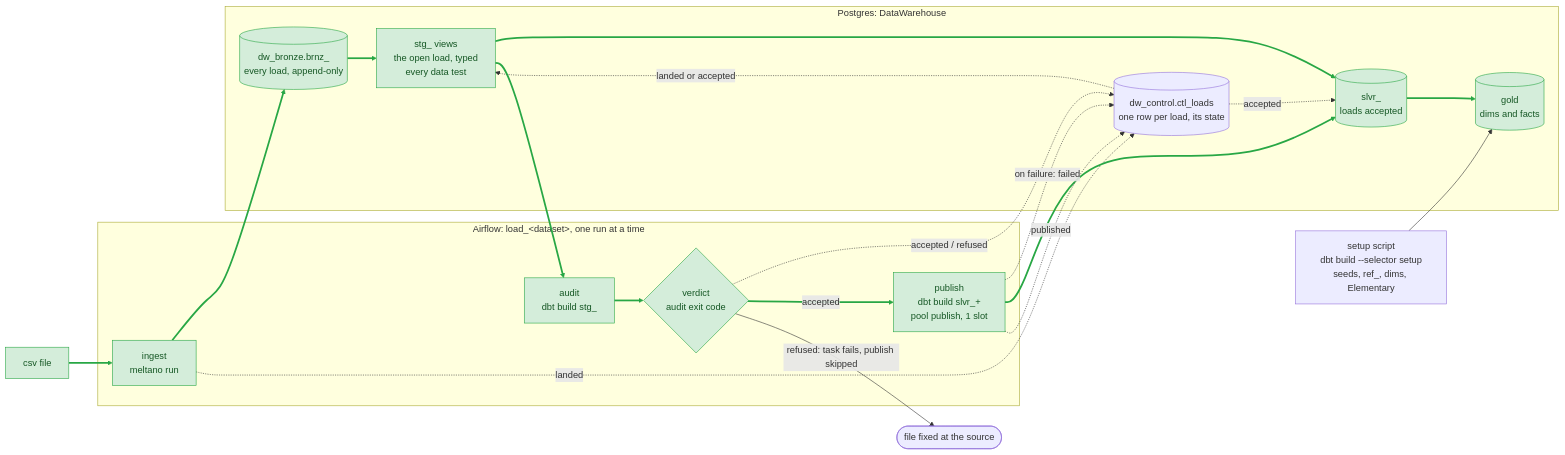
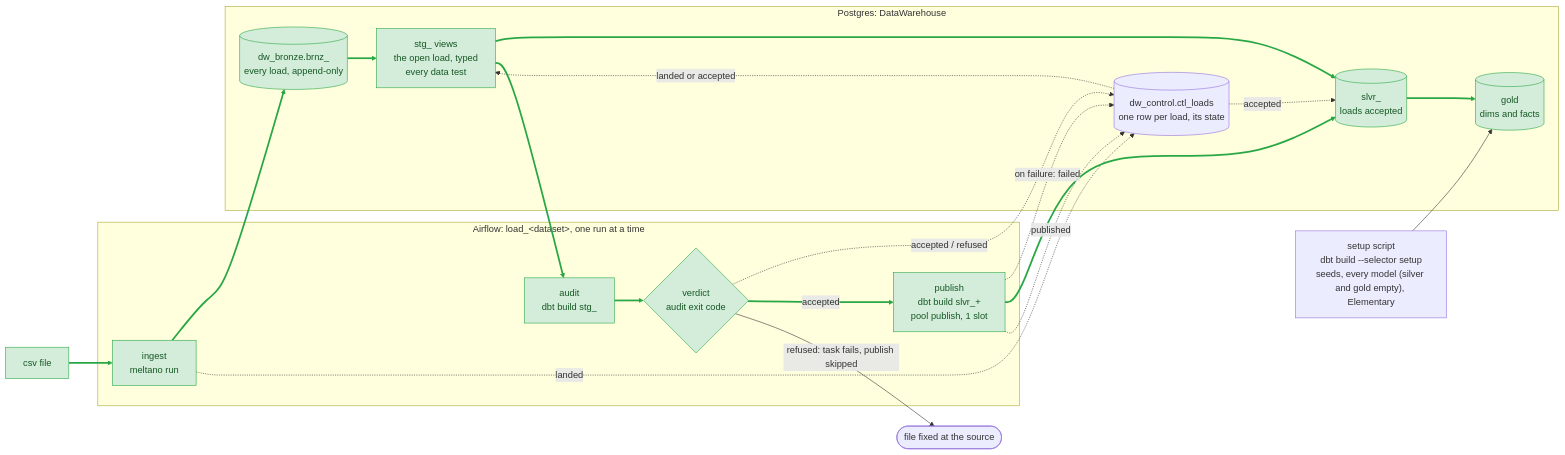
Before and after one commit to le1douglas/DataWarehouse: diagram 11 of 11 in docs/ARCHITECTURE_PROPOSAL.md, drawn with Mermaid. The commit also changed other lines of this file and 9 other files, not shown here.

Commit message:
setup also builds silver and gold tables, empty

````diff
--- a/docs/ARCHITECTURE_PROPOSAL.md
+++ b/docs/ARCHITECTURE_PROPOSAL.md
@@ -424,40 +427,40 @@
 ```mermaid
 flowchart LR
     csv["csv file"]
 
     subgraph dag["Airflow: load_&lt;dataset&gt;, one run at a time"]
         ingest["ingest<br/>meltano run"]
         audit["audit<br/>dbt build stg_"]
         verdict{"verdict<br/>audit exit code"}
         publish["publish<br/>dbt build slvr_+<br/>pool publish, 1 slot"]
     end
 
     subgraph wh["Postgres: DataWarehouse"]
         ctl[("dw_control.ctl_loads<br/>one row per load, its state")]
         bronze[("dw_bronze.brnz_<br/>every load, append-only")]
         stg["stg_ views<br/>the open load, typed<br/>every data test"]
         silver[("slvr_<br/>loads accepted")]
         gold[("gold<br/>dims and facts")]
     end
 
-    setup["setup script<br/>dbt build --selector setup<br/>seeds, ref_, dims, Elementary"]
+    setup["setup script<br/>dbt build --selector setup<br/>seeds, every model (silver and gold empty), Elementary"]
 
     csv --> ingest --> bronze
     ingest -.->|landed| ctl
     bronze --> stg --> silver --> gold
     ctl -.->|landed or accepted| stg
     ctl -.->|accepted| silver
     stg --> audit --> verdict
     verdict -.->|accepted / refused| ctl
     verdict -->|accepted| publish
     verdict -->|refused: task fails, publish skipped| stop(["file fixed at the source"])
     publish -.->|on failure: failed| ctl
     publish --> silver
     publish -.->|published| ctl
     setup --> gold
 
     %% the normal path, a good file from csv to gold, in green
     classDef ok fill:#d4edda,stroke:#28a745,color:#155724
     class csv,ingest,bronze,stg,audit,verdict,publish,silver,gold ok
     linkStyle 0,1,3,4,5,8,9,11,14 stroke:#28a745,stroke-width:3px
 ```
````
